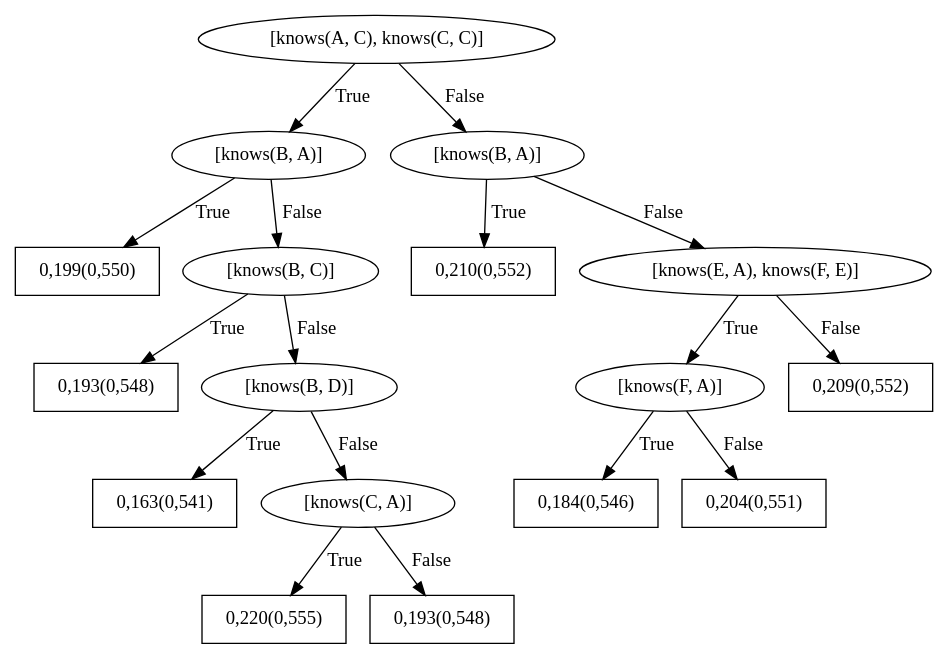
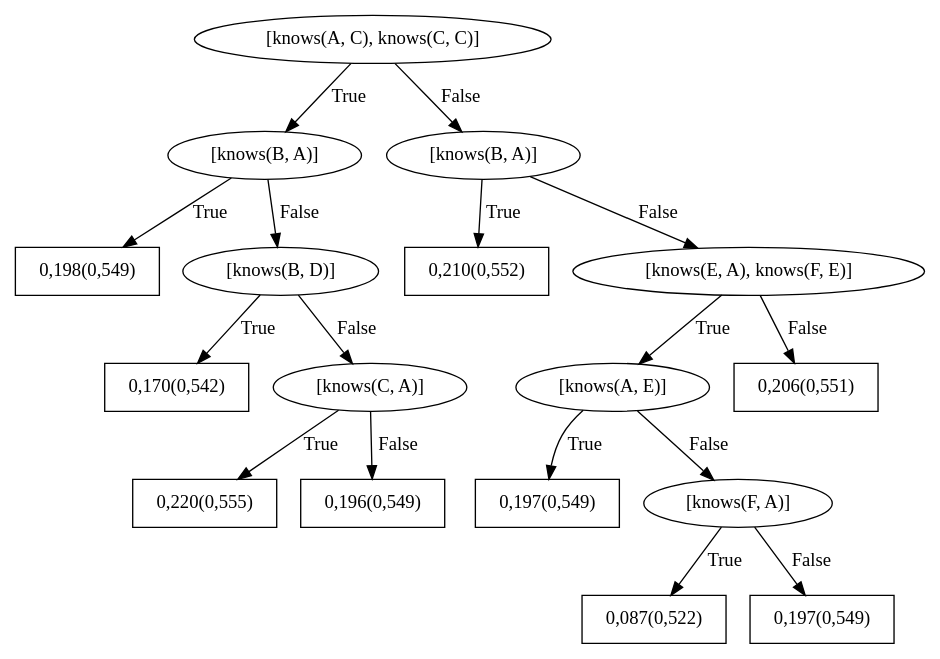
One commit to GabrielaPC/Trabalho-SRL changed the diagram in SRLBoost/data/trust/train/models/bRDNs/dotFiles/WILLTreeFor_trusts6.dot. Above: the diagram before and after it, drawn with Graphviz. The commit also changed 67 other files, not shown here.

```diff
--- a/SRLBoost/data/trust/train/models/bRDNs/dotFiles/WILLTreeFor_trusts6.dot
+++ b/SRLBoost/data/trust/train/models/bRDNs/dotFiles/WILLTreeFor_trusts6.dot
@@ -1,35 +1,35 @@
 digraph G{ 
 1[label = "[knows(A, C), knows(C, C)]"];
 1 -> 2[label="True"];
 1 -> 3[label="False"];
 2[label = "[knows(B, A)]"];
 2 -> 4[label="True"];
 2 -> 5[label="False"];
-4[shape = box,label = "0,199(0,550)"];
-5[label = "[knows(B, C)]"];
+4[shape = box,label = "0,198(0,549)"];
+5[label = "[knows(B, D)]"];
 5 -> 6[label="True"];
 5 -> 7[label="False"];
-6[shape = box,label = "0,193(0,548)"];
-7[label = "[knows(B, D)]"];
+6[shape = box,label = "0,170(0,542)"];
+7[label = "[knows(C, A)]"];
 7 -> 8[label="True"];
 7 -> 9[label="False"];
-8[shape = box,label = "0,163(0,541)"];
-9[label = "[knows(C, A)]"];
-9 -> 10[label="True"];
-9 -> 11[label="False"];
-10[shape = box,label = "0,220(0,555)"];
-11[shape = box,label = "0,193(0,548)"];
+8[shape = box,label = "0,220(0,555)"];
+9[shape = box,label = "0,196(0,549)"];
 3[label = "[knows(B, A)]"];
-3 -> 12[label="True"];
-3 -> 13[label="False"];
-12[shape = box,label = "0,210(0,552)"];
-13[label = "[knows(E, A), knows(F, E)]"];
-13 -> 14[label="True"];
-13 -> 15[label="False"];
-14[label = "[knows(F, A)]"];
-14 -> 16[label="True"];
-14 -> 17[label="False"];
-16[shape = box,label = "0,184(0,546)"];
-17[shape = box,label = "0,204(0,551)"];
-15[shape = box,label = "0,209(0,552)"];
+3 -> 10[label="True"];
+3 -> 11[label="False"];
+10[shape = box,label = "0,210(0,552)"];
+11[label = "[knows(E, A), knows(F, E)]"];
+11 -> 12[label="True"];
+11 -> 13[label="False"];
+12[label = "[knows(A, E)]"];
+12 -> 14[label="True"];
+12 -> 15[label="False"];
+14[shape = box,label = "0,197(0,549)"];
+15[label = "[knows(F, A)]"];
+15 -> 16[label="True"];
+15 -> 17[label="False"];
+16[shape = box,label = "0,087(0,522)"];
+17[shape = box,label = "0,197(0,549)"];
+13[shape = box,label = "0,206(0,551)"];
 }
```
